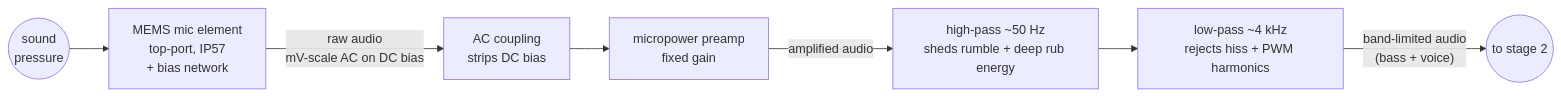
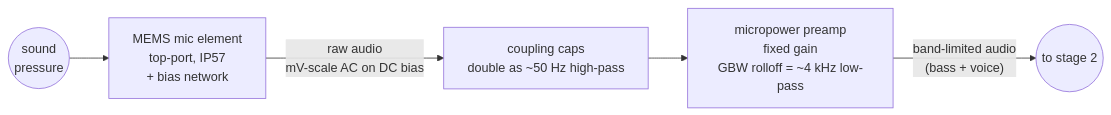
Before and after one commit to zackees/soundwake: the third of 6 diagrams in README.md, drawn with Mermaid. The commit also changed other lines of this file, not shown here.

Commit message:
docs: apply cost-down pass, drop temp comp and timing hardware (#8)

````diff
--- a/README.md
+++ b/README.md
@@ -105,9 +105,7 @@
 ```mermaid
 flowchart LR
     SPL(("sound<br/>pressure")) --> MIC["MEMS mic element<br/>top-port, IP57<br/>+ bias network"]
-    MIC -->|"raw audio<br/>mV-scale AC on DC bias"| ACC["AC coupling<br/>strips DC bias"]
-    ACC --> PRE["micropower preamp<br/>fixed gain"]
-    PRE -->|"amplified audio"| HPF["high-pass ~50 Hz<br/>sheds rumble + deep rub energy"]
-    HPF --> LPF["low-pass ~4 kHz<br/>rejects hiss + PWM harmonics"]
-    LPF -->|"band-limited audio<br/>(bass + voice)"| S1OUT(("to stage 2"))
+    MIC -->|"raw audio<br/>mV-scale AC on DC bias"| ACC["coupling caps<br/>double as ~50 Hz high-pass"]
+    ACC --> PRE["micropower preamp<br/>fixed gain<br/>GBW rolloff = ~4 kHz low-pass"]
+    PRE -->|"band-limited audio<br/>(bass + voice)"| S1OUT(("to stage 2"))
 ```
````
